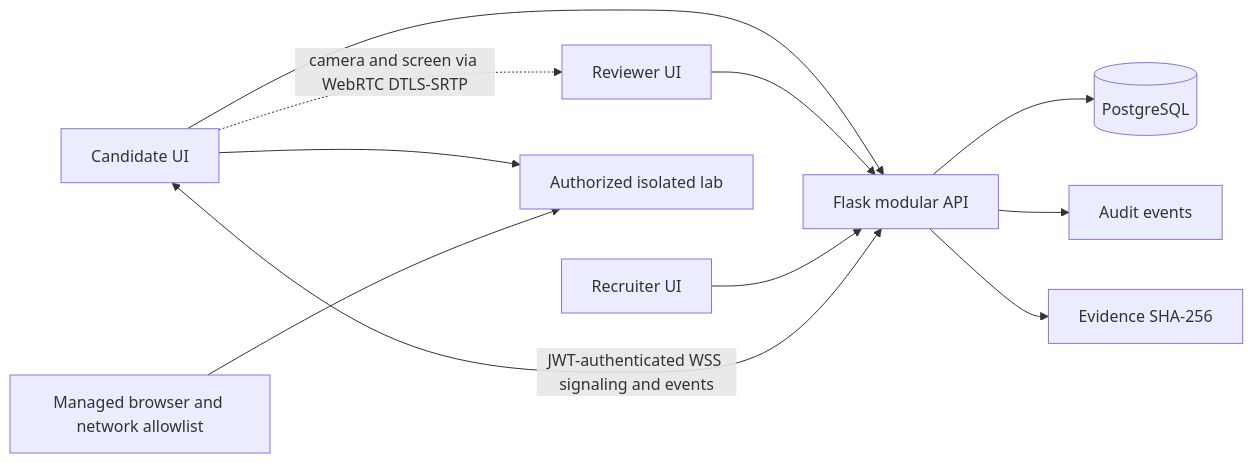
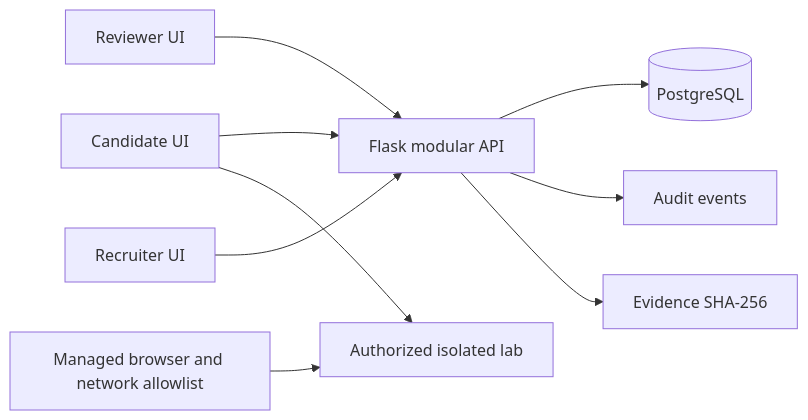
The diagram in docs/architecture.md (yogesh-37911/HM26-C3B5-Phase2), drawn with Mermaid before and after one commit. The commit also changed other lines of this file and 15 other files, not shown here.

````diff
--- a/docs/architecture.md
+++ b/docs/architecture.md
@@ -7,13 +7,11 @@
 ```mermaid
 flowchart LR
   C[Candidate UI] --> API[Flask modular API]
   R[Reviewer UI] --> API
   H[Recruiter UI] --> API
   API --> DB[(PostgreSQL)]
   API --> Audit[Audit events]
   API --> Hash[Evidence SHA-256]
   C --> Lab[Authorized isolated lab]
-  C -. camera and screen via WebRTC DTLS-SRTP .-> R
-  C <-->|JWT-authenticated WSS signaling and events| API
   Policy[Managed browser and network allowlist] --> Lab
 ```
````
